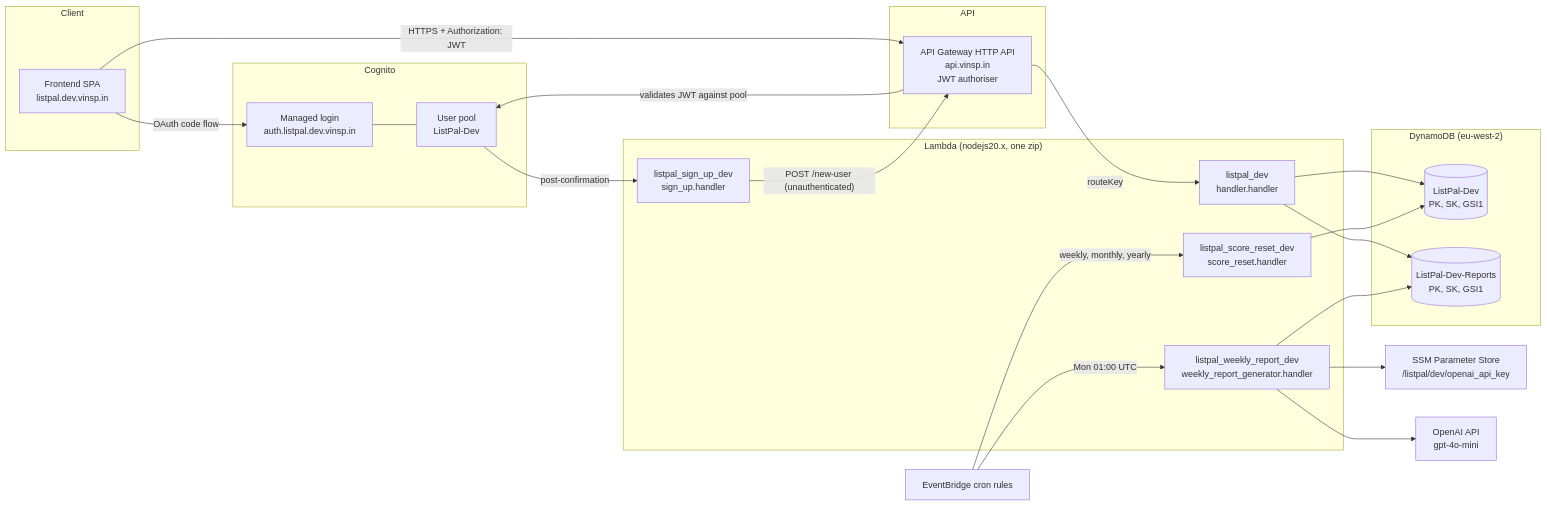
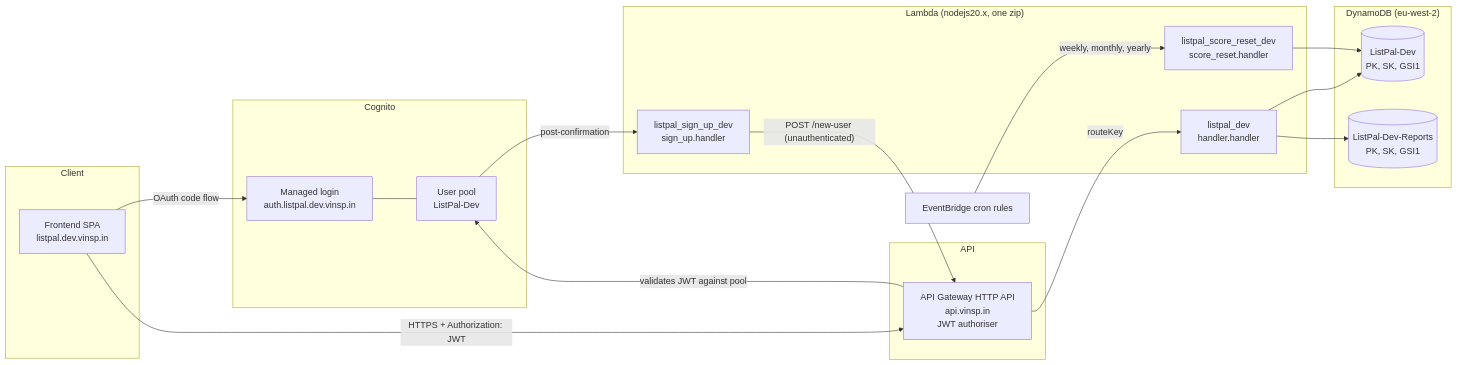
One commit to TomBenjaminMorris/listpal-backend changed the first of 7 diagrams in ARCHITECTURE.md. Above: the diagram before and after it, drawn with Mermaid. The commit also changed other lines of this file and 7 other files, not shown here.

````diff
--- a/ARCHITECTURE.md
+++ b/ARCHITECTURE.md
@@ -67,47 +63,40 @@
 ```mermaid
 flowchart LR
     subgraph Client
         FE["Frontend SPA<br/>listpal.dev.vinsp.in"]
     end
 
     subgraph Auth["Cognito"]
         UP["User pool<br/>ListPal-Dev"]
         HUI["Managed login<br/>auth.listpal.dev.vinsp.in"]
     end
 
     subgraph Edge["API"]
         APIGW["API Gateway HTTP API<br/>api.vinsp.in<br/>JWT authoriser"]
     end
 
     subgraph Compute["Lambda (nodejs20.x, one zip)"]
         L1["listpal_dev<br/>handler.handler"]
         L2["listpal_sign_up_dev<br/>sign_up.handler"]
         L3["listpal_score_reset_dev<br/>score_reset.handler"]
-        L4["listpal_weekly_report_dev<br/>weekly_report_generator.handler"]
     end
 
     subgraph Data["DynamoDB (eu-west-2)"]
         T1[("ListPal-Dev<br/>PK, SK, GSI1")]
         T2[("ListPal-Dev-Reports<br/>PK, SK, GSI1")]
     end
 
     EB["EventBridge cron rules"]
-    SSM["SSM Parameter Store<br/>/listpal/dev/openai_api_key"]
-    OAI["OpenAI API<br/>gpt-4o-mini"]
 
     FE -->|"OAuth code flow"| HUI
     HUI --- UP
     FE -->|"HTTPS + Authorization: JWT"| APIGW
     APIGW -->|"validates JWT against pool"| UP
     APIGW -->|"routeKey"| L1
     L1 --> T1
     L1 --> T2
     UP -->|"post-confirmation"| L2
     L2 -->|"POST /new-user (unauthenticated)"| APIGW
     EB -->|"weekly, monthly, yearly"| L3
-    EB -->|"Mon 01:00 UTC"| L4
     L3 --> T1
-    L4 --> T2
-    L4 --> SSM
-    L4 --> OAI
 ```
````
